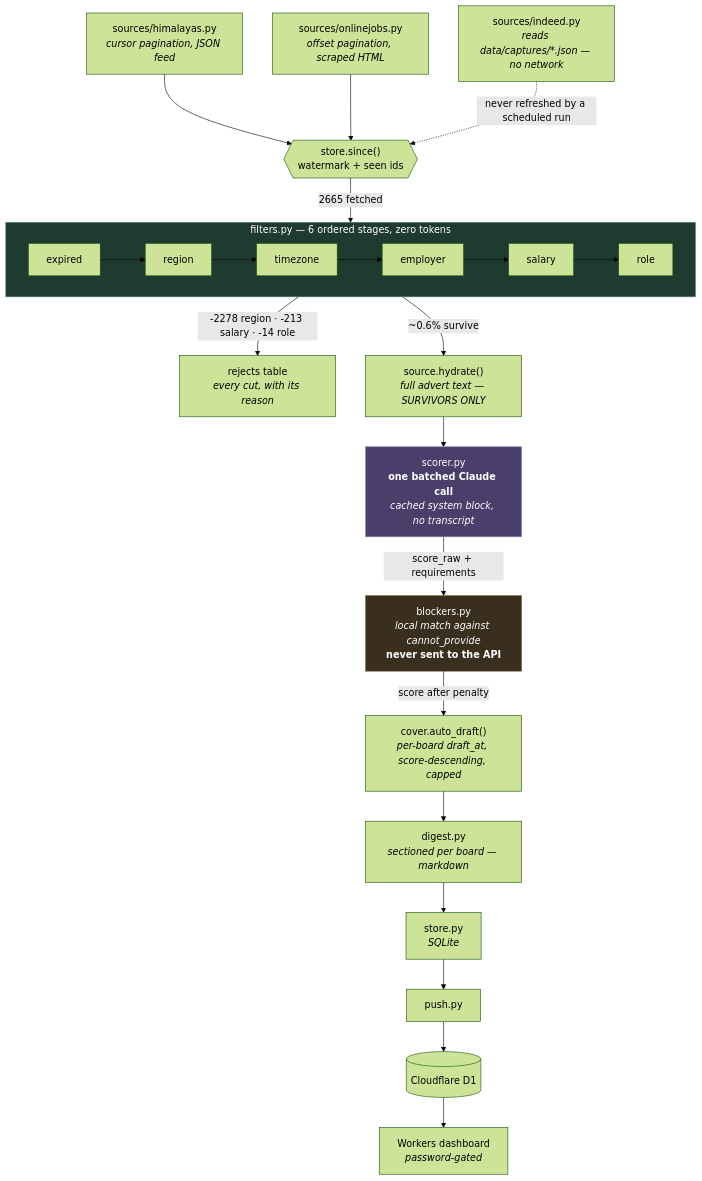
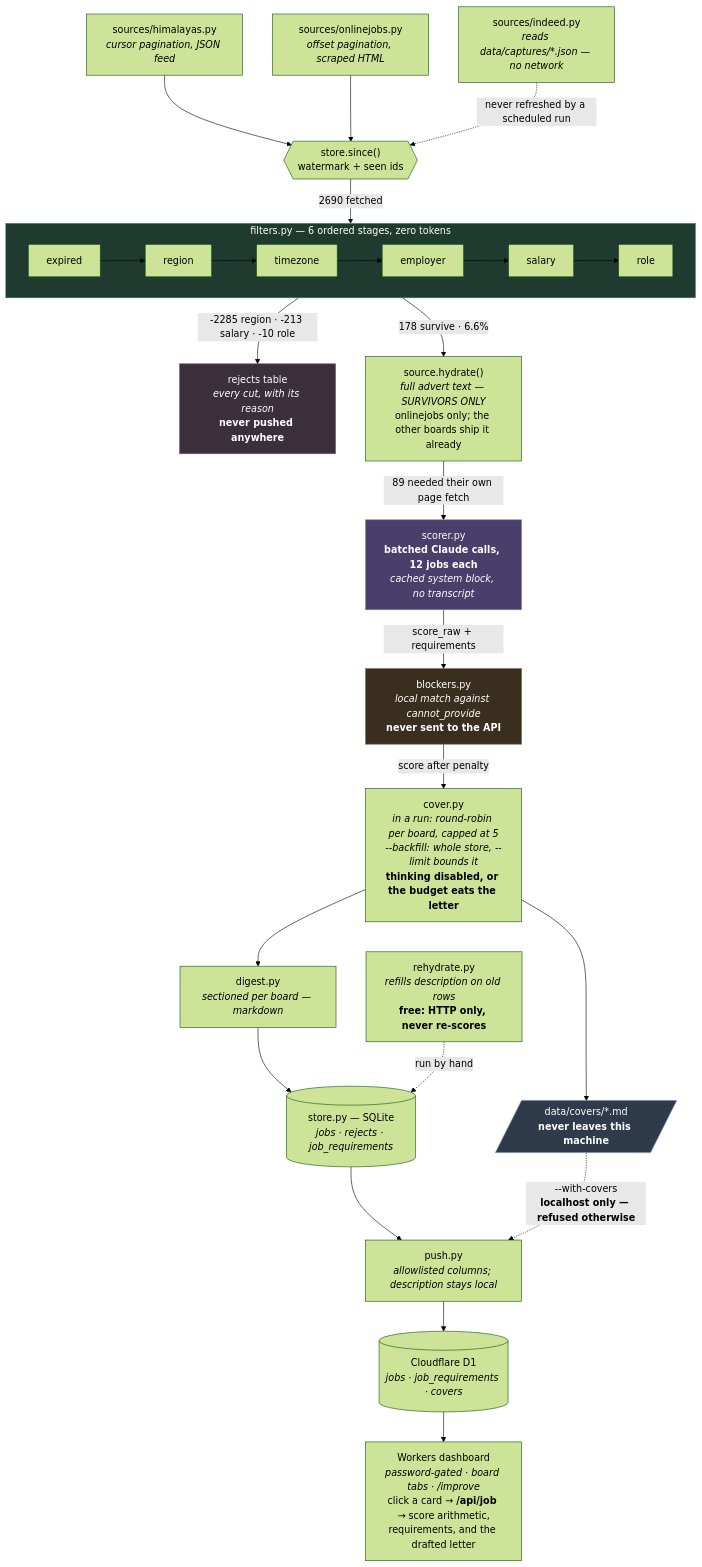
One commit to kageballs/joblist-engine changed the diagram in README.md. Above: the diagram before and after it, drawn with Mermaid (forest theme). The commit also changed other lines of this file and 6 other files, not shown here.

````diff
--- a/README.md
+++ b/README.md
@@ -38,42 +40,48 @@
 ```mermaid
 flowchart TD
     H["sources/himalayas.py<br/><i>cursor pagination, JSON feed</i>"]
     O["sources/onlinejobs.py<br/><i>offset pagination, scraped HTML</i>"]
     I["sources/indeed.py<br/><i>reads data/captures/*.json — no network</i>"]
     W{{"store.since()<br/>watermark + seen ids"}}
 
     H --> W
     O --> W
     I -.->|"never refreshed by a scheduled run"| W
-    W -->|"2665 fetched"| F
+    W -->|"2690 fetched"| F
 
     subgraph F["filters.py — 6 ordered stages, zero tokens"]
         direction LR
         S1["expired"] --> S2["region"] --> S3["timezone"] --> S4["employer"] --> S5["salary"] --> S6["role"]
     end
 
-    F -->|"-2278 region · -213 salary · -14 role"| R["rejects table<br/><i>every cut, with its reason</i>"]
-    F -->|"~0.6% survive"| HY
+    F -->|"-2285 region · -213 salary · -10 role"| R["rejects table<br/><i>every cut, with its reason</i><br/><b>never pushed anywhere</b>"]
+    F -->|"178 survive · 6.6%"| HY
 
-    HY["source.hydrate()<br/><i>full advert text — SURVIVORS ONLY</i>"]
-    HY --> SC
+    HY["source.hydrate()<br/><i>full advert text — SURVIVORS ONLY</i><br/>onlinejobs only; the other boards ship it already"]
+    HY -->|"89 needed their own page fetch"| SC
 
-    SC["scorer.py<br/><b>one batched Claude call</b><br/><i>cached system block, no transcript</i>"]
+    SC["scorer.py<br/><b>batched Claude calls, 12 jobs each</b><br/><i>cached system block, no transcript</i>"]
     SC -->|"score_raw + requirements"| BL
 
     BL["blockers.py<br/><i>local match against cannot_provide</i><br/><b>never sent to the API</b>"]
     BL -->|"score after penalty"| COV
 
-    COV["cover.auto_draft()<br/><i>per-board draft_at, score-descending, capped</i>"]
+    COV["cover.py<br/><i>in a run: round-robin per board, capped at 5</i><br/><i>--backfill: whole store, --limit bounds it</i><br/><b>thinking disabled, or the budget eats the letter</b>"]
+    COV --> CV[/"data/covers/*.md<br/><b>never leaves this machine</b>"/]
     COV --> D
 
     D["digest.py<br/><i>sectioned per board — markdown</i>"]
-    D --> ST["store.py<br/><i>SQLite</i>"]
-    ST --> PU["push.py"]
-    PU --> D1[("Cloudflare D1")]
-    D1 --> WK["Workers dashboard<br/><i>password-gated</i>"]
+    D --> ST[("store.py — SQLite<br/><i>jobs · rejects · job_requirements</i>")]
+    RH["rehydrate.py<br/><i>refills description on old rows</i><br/><b>free: HTTP only, never re-scores</b>"] -.->|"run by hand"| ST
+
+    ST --> PU["push.py<br/><i>allowlisted columns; description stays local</i>"]
+    CV -.->|"--with-covers<br/><b>localhost only — refused otherwise</b>"| PU
+    PU --> D1[("Cloudflare D1<br/><i>jobs · job_requirements · covers</i>")]
+    D1 --> WK["Workers dashboard<br/><i>password-gated · board tabs · /improve</i><br/>click a card → <b>/api/job</b> → score arithmetic,<br/>requirements, and the drafted letter"]
 
     style SC fill:#4a3f6b,stroke:#8b7fb8,color:#fff
     style F fill:#1f3a2e,stroke:#4a7a63,color:#fff
     style BL fill:#3a2f1f,stroke:#7a6a4a,color:#fff
+    style CV fill:#2f3a4a,stroke:#6a8aa6,color:#fff
+    style R fill:#3a2f3a,stroke:#7a5a7a,color:#fff
 ```
````
